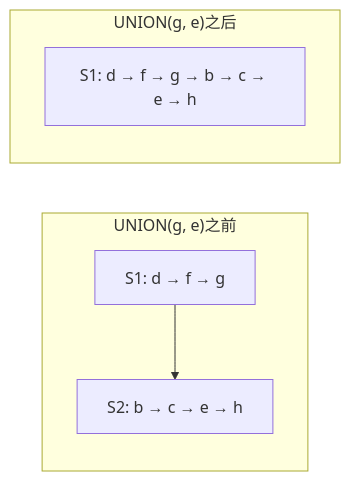
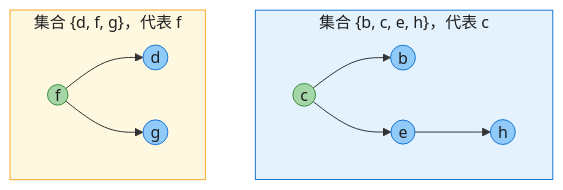
Before and after one commit to socoo123/book_reading: the first of 6 diagrams in IntroductionToAlgorithms/Chapter19_不相交集合_深度版.md, drawn with Mermaid. The commit also changed other lines of this file and 30 other files, not shown here.

````diff
--- a/IntroductionToAlgorithms/Chapter19_不相交集合_深度版.md
+++ b/IntroductionToAlgorithms/Chapter19_不相交集合_深度版.md
@@ -106,10 +34,19 @@
 ```mermaid
-graph LR
-    subgraph "UNION(g, e)之前"
-        S1["S1: d → f → g"] --> S2["S2: b → c → e → h"]
+graph TD
+    subgraph S1["集合 {b, c, e, h}，代表 c"]
+        c(("c")) --> b(("b"))
+        c --> e(("e"))
+        e --> h(("h"))
+    end
+    subgraph S2["集合 {d, f, g}，代表 f"]
+        f(("f")) --> d(("d"))
+        f --> g(("g"))
     end
 
-    subgraph "UNION(g, e)之后"
-        S1_new["S1: d → f → g → b → c → e → h"]
-    end
+    classDef rep fill:#A5D6A7,stroke:#388E3C,color:#1f1f1f
+    classDef normal fill:#90CAF9,stroke:#1976D2,color:#1f1f1f
+    class c,f rep
+    class b,d,e,g,h normal
+    style S1 fill:#E3F2FD,stroke:#1976D2,color:#1f1f1f
+    style S2 fill:#FFF8E1,stroke:#F9A825,color:#1f1f1f
 ```
````
